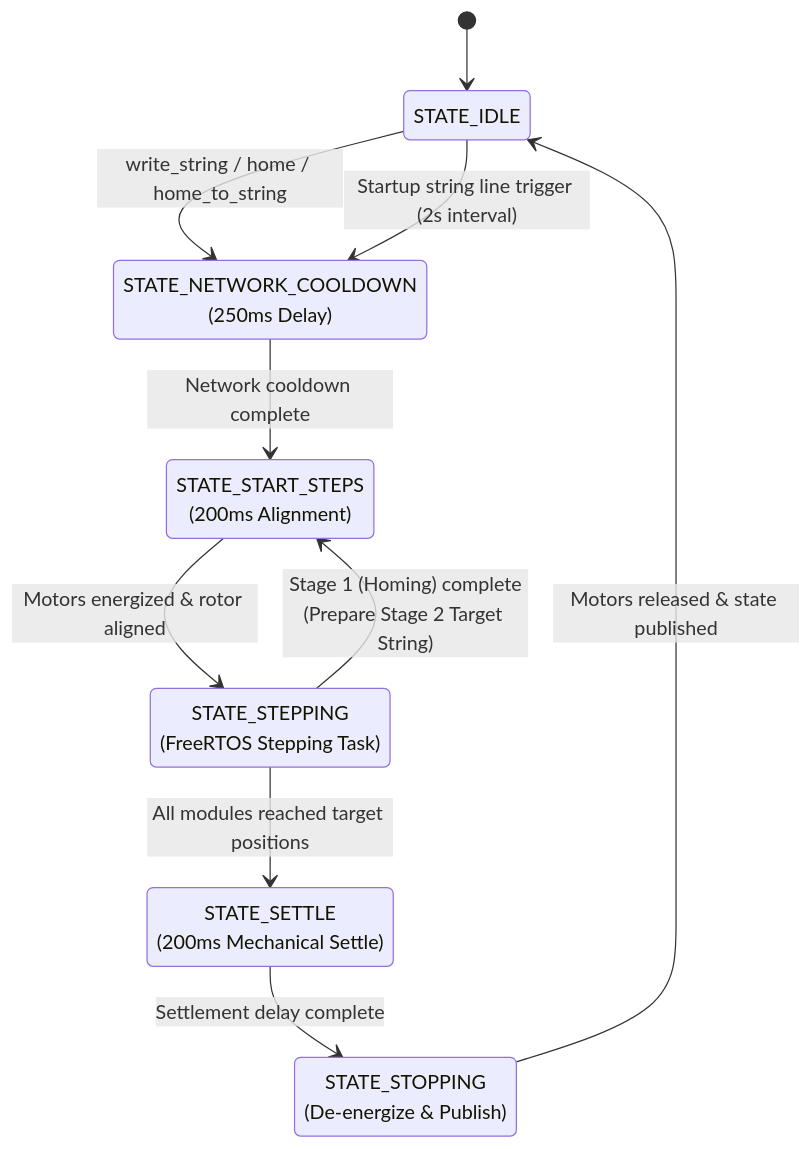
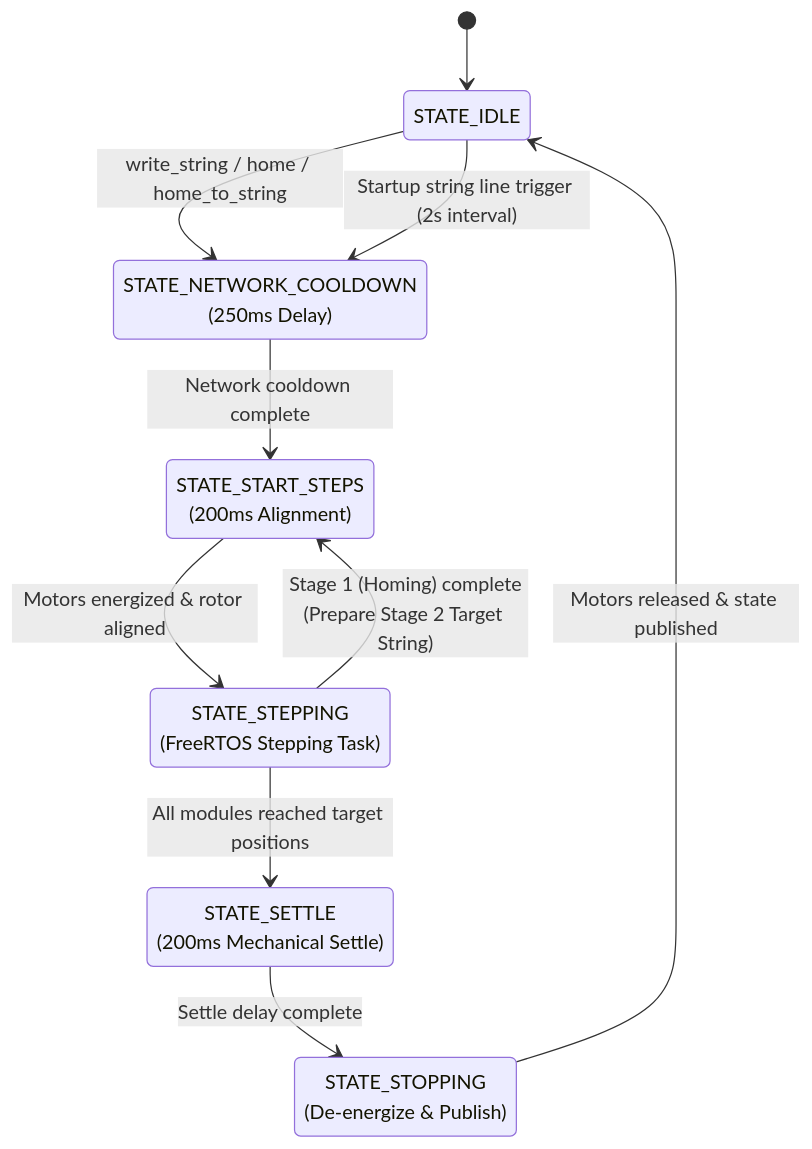
The diagram in README.md (chen-ye/esphome-split-flap), drawn with Mermaid before and after one commit. The commit also changed other lines of this file, not shown here.

````diff
--- a/README.md
+++ b/README.md
@@ -15,23 +15,23 @@
 ```mermaid
 stateDiagram-v2
     [*] --> STATE_IDLE
 
     STATE_IDLE --> STATE_NETWORK_COOLDOWN: write_string / home / home_to_string
     STATE_IDLE --> STATE_NETWORK_COOLDOWN: Startup string line trigger (2s interval)
 
     state "STATE_NETWORK_COOLDOWN<br/>(250ms Delay)" as STATE_NETWORK_COOLDOWN
     STATE_NETWORK_COOLDOWN --> STATE_START_STEPS: Network cooldown complete
 
     state "STATE_START_STEPS<br/>(200ms Alignment)" as STATE_START_STEPS
     STATE_START_STEPS --> STATE_STEPPING: Motors energized & rotor aligned
 
     state "STATE_STEPPING<br/>(FreeRTOS Stepping Task)" as STATE_STEPPING
     STATE_STEPPING --> STATE_START_STEPS: Stage 1 (Homing) complete<br/>(Prepare Stage 2 Target String)
     STATE_STEPPING --> STATE_SETTLE: All modules reached target positions
 
     state "STATE_SETTLE<br/>(200ms Mechanical Settle)" as STATE_SETTLE
-    STATE_SETTLE --> STATE_STOPPING: Settlement delay complete
+    STATE_SETTLE --> STATE_STOPPING: Settle delay complete
 
     state "STATE_STOPPING<br/>(De-energize & Publish)" as STATE_STOPPING
     STATE_STOPPING --> STATE_IDLE: Motors released & state published
 ```
````
